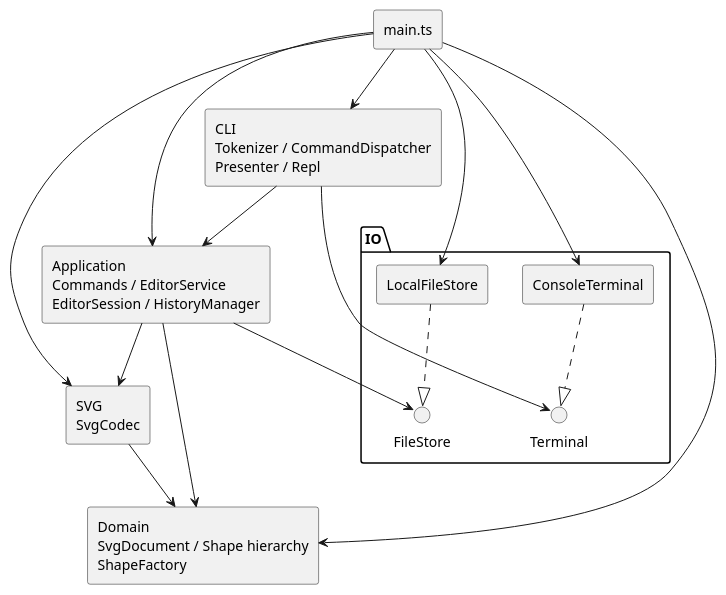
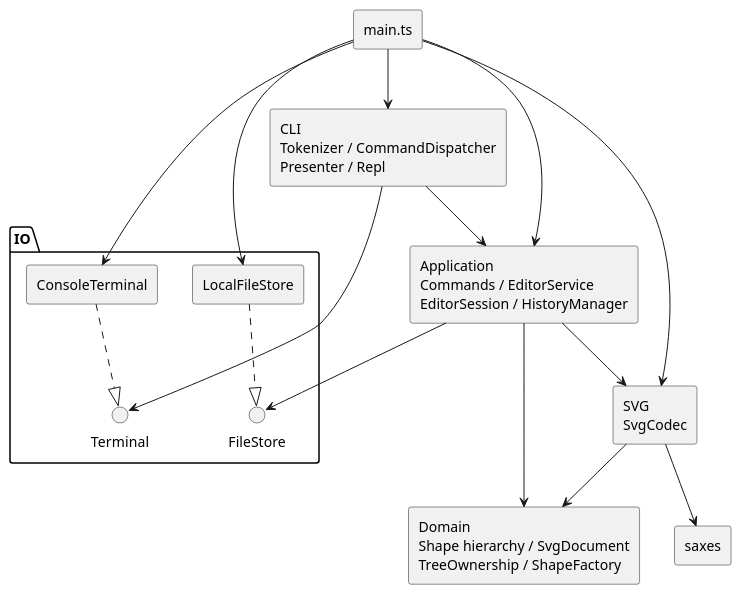
The diagram in doc/README.md (WSYits/svg-editor-lab), drawn with PlantUML before and after one commit. The commit also changed other lines of this file and 1 other file, not shown here.

````diff
--- a/doc/README.md
+++ b/doc/README.md
@@ -33,30 +25,31 @@
 ```plantuml
 @startuml
 skinparam componentStyle rectangle
 component "CLI\nTokenizer / CommandDispatcher\nPresenter / Repl" as CLI
 component "Application\nCommands / EditorService\nEditorSession / HistoryManager" as APP
-component "Domain\nSvgDocument / Shape hierarchy\nShapeFactory" as DOMAIN
+component "Domain\nShape hierarchy / SvgDocument\nTreeOwnership / ShapeFactory" as DOMAIN
 component "SVG\nSvgCodec" as SVG
+component "saxes" as XML
 package "IO" {
   interface FileStore
   interface Terminal
   component LocalFileStore
   component ConsoleTerminal
   LocalFileStore ..|> FileStore
   ConsoleTerminal ..|> Terminal
 }
 component "main.ts" as MAIN
 CLI --> APP
 CLI --> Terminal
 APP --> DOMAIN
 APP --> SVG
 APP --> FileStore
 SVG --> DOMAIN
+SVG --> XML
 MAIN --> CLI
 MAIN --> APP
-MAIN --> DOMAIN
 MAIN --> SVG
 MAIN --> LocalFileStore
 MAIN --> ConsoleTerminal
 @enduml
 ```
````
